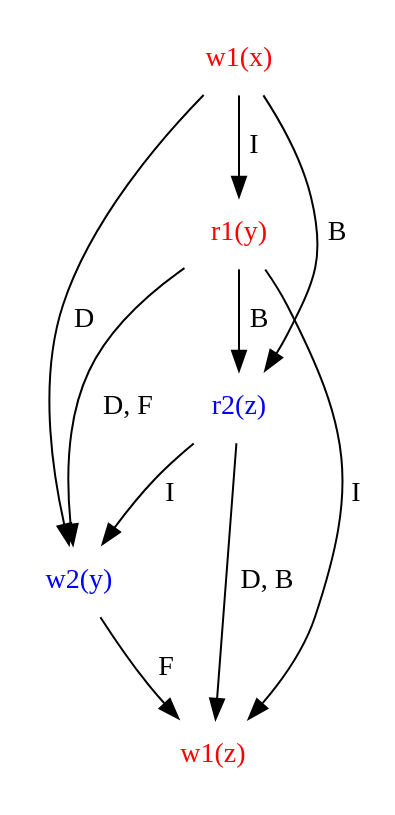
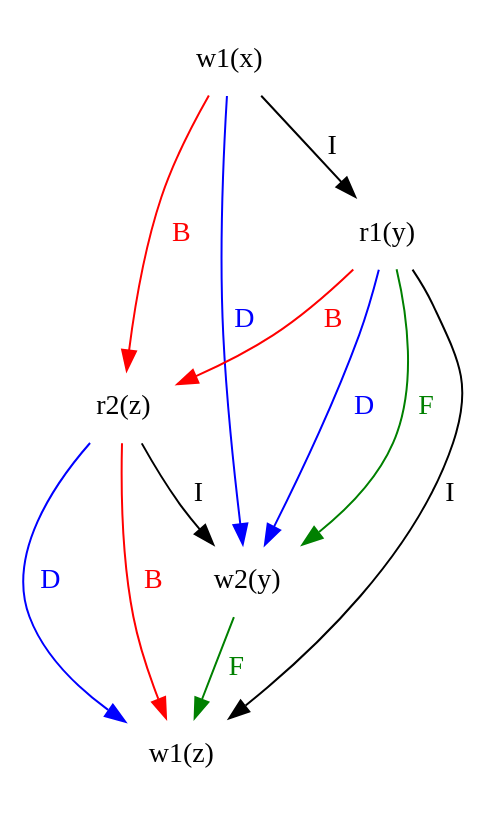
Before and after one commit to pfent/transactions: the diagram in s4e1.dot, drawn with Graphviz.

Commit message:
draw the graph more structured

```diff
--- a/s4e1.dot
+++ b/s4e1.dot
@@ -1,19 +1,19 @@
-// s= w1(x) r1(y) r2(z) w2(y) w1(z)
+// display with: cat s4e1.dot | dot -Kfdp -Tpng | display -
 digraph s4e1 {
-    "w1(x)" [shape=none, color=red, fontcolor=red];
-    "r1(y)" [shape=none, color=red, fontcolor=red];
-    "w1(z)" [shape=none, color=red, fontcolor=red];
-    "r2(z)" [shape=none, color=blue, fontcolor=blue];
-    "w2(y)" [shape=none, color=blue, fontcolor=blue];
-    "w1(x)" -> "r1(y)" [label=" I "];
-    "r1(y)" -> "w1(z)" [label=" I "];
-    "r2(z)" -> "w2(y)" [label=" I "];
-    "w1(x)" -> "w2(y)" [label=" D "];
-    "r1(y)" -> "w2(y)" [label=" D, F "];
-    "r2(z)" -> "w1(z)" [label=" D, B "];
-    //"r1(y)" -> "w2(y)" [label=" F "];
-    "w2(y)" -> "w1(z)" [label=" F "];
-    "w1(x)" -> "r2(z)" [label=" B "];
-    "r1(y)" -> "r2(z)" [label=" B "];
-    //"r2(z)" -> "w1(z)" [label=" B "];
+    "w1(x)" [shape=none, pos = "0,2!"];
+    "r1(y)" [shape=none, pos = "4,2!"];
+    "w1(z)" [shape=none, pos = "8,2!"];
+    "r2(z)" [shape=none, pos = "2,0!"];
+    "w2(y)" [shape=none, pos = "6,0!"];
+    "w1(x)" -> "r1(y)" [label=" I ", color="black", fontcolor="black"];
+    "r1(y)" -> "w1(z)" [label=" I ", color="black", fontcolor="black"];
+    "r2(z)" -> "w2(y)" [label=" I ", color="black", fontcolor="black"];
+    "w1(x)" -> "w2(y)" [label=" D ", color="blue", fontcolor="blue"];
+    "r1(y)" -> "w2(y)" [label=" D ", color="blue", fontcolor="blue"];
+    "r2(z)" -> "w1(z)" [label=" D ", color="blue", fontcolor="blue"];
+    "r1(y)" -> "w2(y)" [label=" F ", color="green", fontcolor="green"];
+    "w2(y)" -> "w1(z)" [label=" F ", color="green", fontcolor="green"];
+    "w1(x)" -> "r2(z)" [label=" B ", color="red", fontcolor="red"];
+    "r1(y)" -> "r2(z)" [label=" B ", color="red", fontcolor="red"];
+    "r2(z)" -> "w1(z)" [label=" B ", color="red", fontcolor="red"];
 }
```
